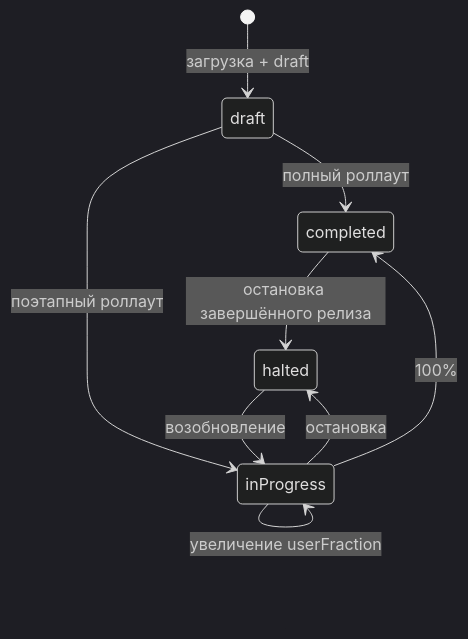
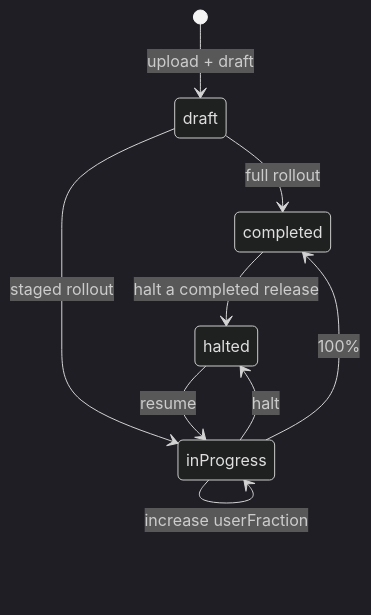
The diagram in docs/01-api-feasibility.md (actions-marketplace-validations/vyachin_google-play-publisher), drawn with Mermaid (dark theme) before and after one commit. The commit also changed other lines of this file and 13 other files, not shown here.

````diff
--- a/docs/01-api-feasibility.md
+++ b/docs/01-api-feasibility.md
@@ -70,11 +74,11 @@
 ```mermaid
 stateDiagram-v2
-  [*] --> draft: загрузка + draft
-  draft --> completed: полный роллаут
-  draft --> inProgress: поэтапный роллаут
-  inProgress --> inProgress: увеличение userFraction
-  inProgress --> halted: остановка
-  halted --> inProgress: возобновление
+  [*] --> draft: upload + draft
+  draft --> completed: full rollout
+  draft --> inProgress: staged rollout
+  inProgress --> inProgress: increase userFraction
+  inProgress --> halted: halt
+  halted --> inProgress: resume
   inProgress --> completed: 100%
-  completed --> halted: остановка завершённого релиза
+  completed --> halted: halt a completed release
 ```
````
